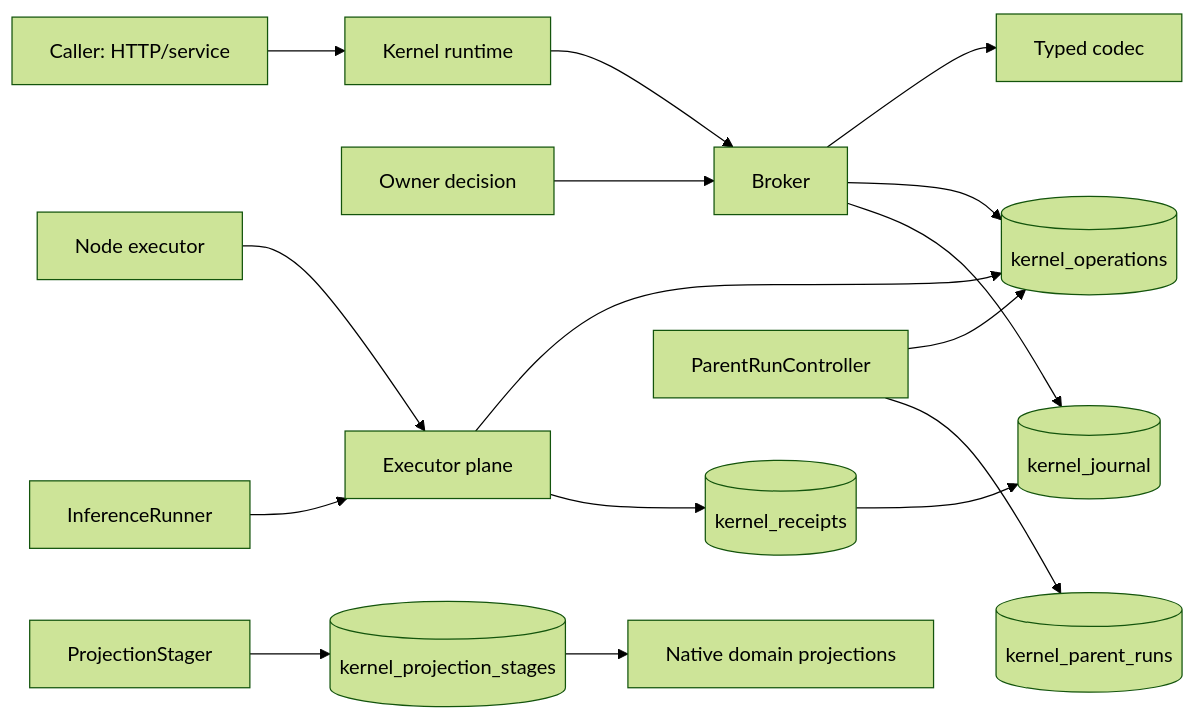
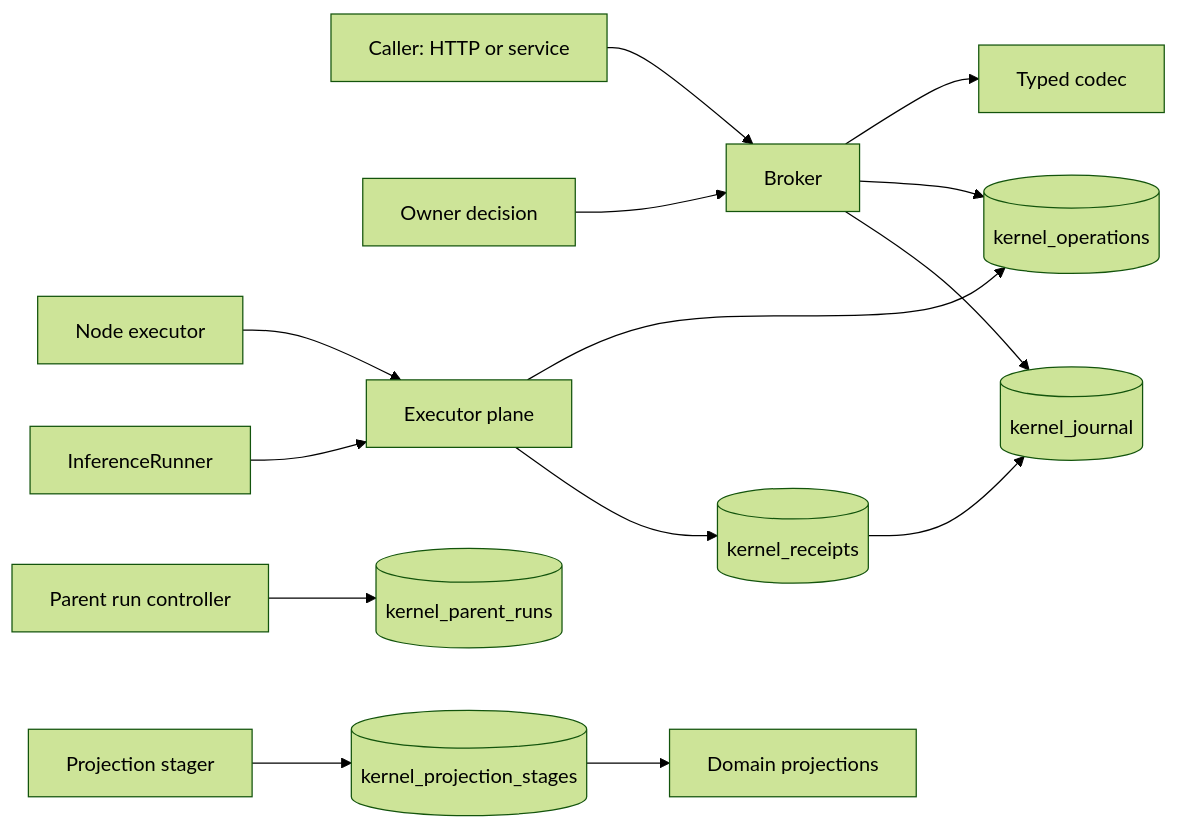
The first of 2 diagrams in docs/KERNEL.md (karolswdev/HoldSpeak), drawn with Mermaid (forest theme) before and after one commit. The commit also changed other lines of this file and 66 other files, not shown here.

````diff
--- a/docs/KERNEL.md
+++ b/docs/KERNEL.md
@@ -79,18 +38,16 @@
 ```mermaid
 flowchart LR
-  C[Caller: HTTP/service] --> R[Kernel runtime]
-  R --> B[Broker]
+  C[Caller: HTTP or service] --> B[Broker]
   B --> V[Typed codec]
   B --> O[(kernel_operations)]
   B --> J[(kernel_journal)]
   D[Owner decision] --> B
   X[Node executor] --> E[Executor plane]
   E --> O
   E --> Q[(kernel_receipts)]
   Q --> J
-  P[ParentRunController] --> O
-  P --> PR[(kernel_parent_runs)]
-  S[ProjectionStager] --> PS[(kernel_projection_stages)]
-  PS --> N[Native domain projections]
+  P[Parent run controller] --> PR[(kernel_parent_runs)]
+  S[Projection stager] --> PS[(kernel_projection_stages)]
+  PS --> N[Domain projections]
   W[InferenceRunner] --> E
 ```
````
